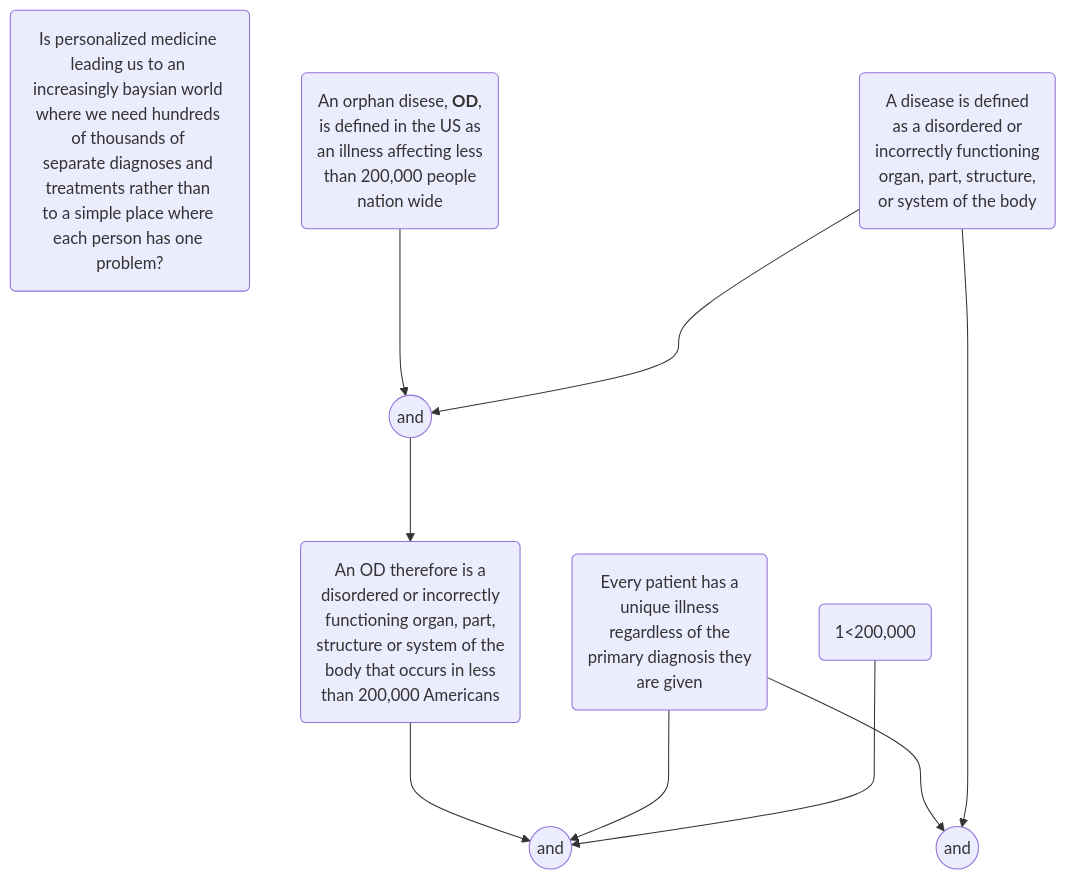
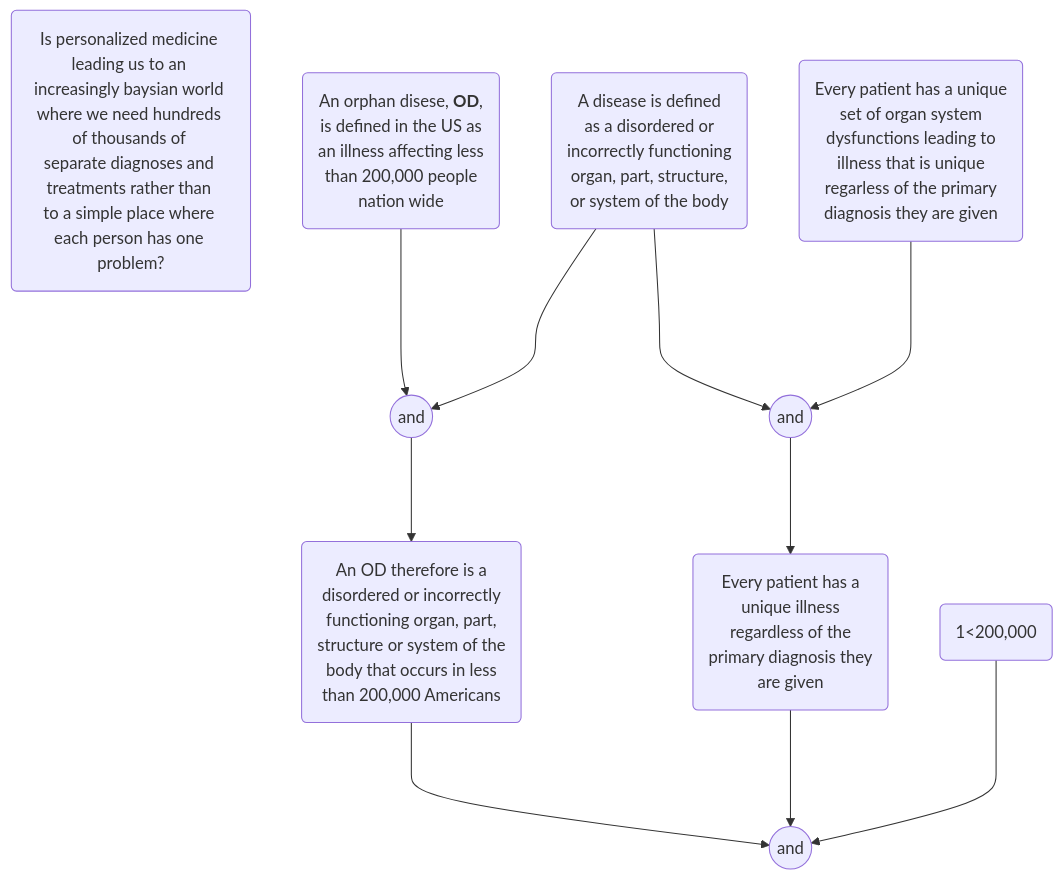
One commit to hwetsman/TOC_Trees changed the diagram in Orphan_Diseases.md. Above: the diagram before and after it, drawn with Mermaid.

Commit message:
Refactor: fix every_pt2

````diff
--- a/Orphan_Diseases.md
+++ b/Orphan_Diseases.md
@@ -3,29 +3,29 @@
 ```mermaid
 flowchart TD
 proposition(Is personalized medicine <br>leading us to an <br>increasingly baysian world <br>where we need hundreds <br>of thousands of <br>separate diagnoses and <br>treatments rather than <br>to a simple place where <br>each person has one problem?)
 
 orphan(An orphan disese, <b>OD</b>, <br>is defined in the US as <br>an illness affecting less <br>than 200,000 people <br> nation wide)
 disease(A disease is defined <br>as a disordered or <br>incorrectly functioning <br>organ, part, structure, <br>or system of the body)
 and1((and))
     orphan--->and1
     disease--->and1
 every_pt(Every patient has a unique <br>set of organ system <br>dysfunctions leading to <br>illness that is unique <br>regarless of the primary <br>diagnosis they are given)
 and2((and))
     every_pt--->and2
     disease--->and2
 OD_def(An OD therefore is a <br>disordered or incorrectly <br> functioning organ, part, <br>structure or system of the <br>body that occurs in less <br>than 200,000 Americans)
     and1--->OD_def
-every_pt(Every patient has a <br>unique illness <br>regardless of the <br> primary diagnosis they <br>are given)
-    
+every_pt2(Every patient has a <br>unique illness <br>regardless of the <br> primary diagnosis they <br>are given)
+    and2--->every_pt2
 logic(1<200,000)
 and3((and))
     OD_def--->and3
-    every_pt--->and3
+    every_pt2--->and3
     logic--->and3
 
 
 
 
 
 
 ```
````
